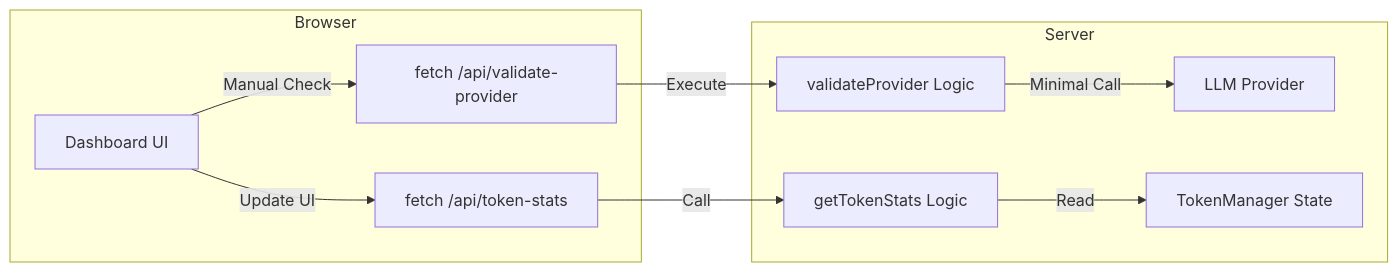
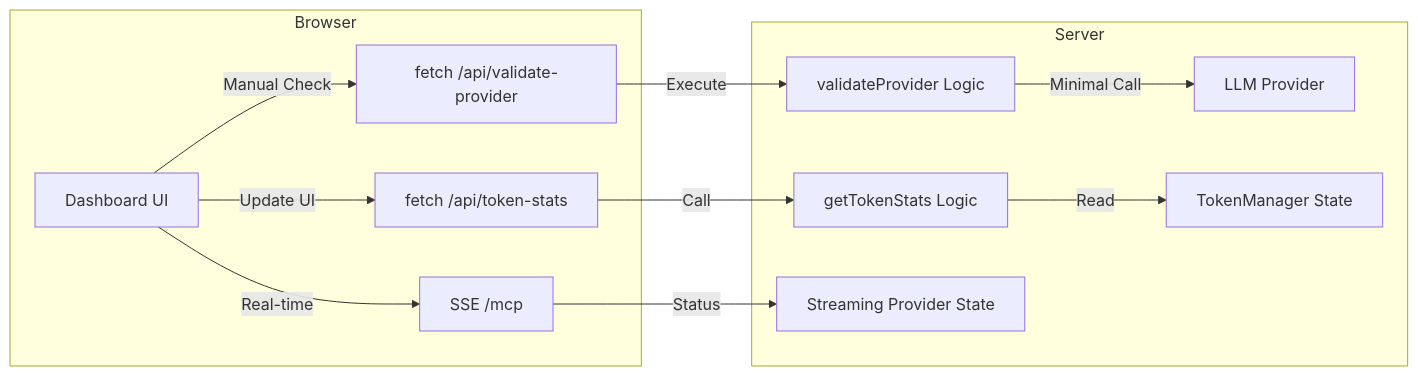
Before and after one commit to djmahe4/awesome-free-llm-apis: the fourth of 4 diagrams in mcp-server/docs/guide.md, drawn with Mermaid. The commit also changed other lines of this file and 26 other files, not shown here.

````diff
--- a/mcp-server/docs/guide.md
+++ b/mcp-server/docs/guide.md
@@ -119,13 +139,15 @@
 ```mermaid
 graph LR
     subgraph Browser
         D[Dashboard UI] -->|Update UI| E[fetch /api/token-stats]
         D -->|Manual Check| V[fetch /api/validate-provider]
+        D -->|Real-time| S[SSE /mcp]
     end
     subgraph Server
         E -->|Call| F[getTokenStats Logic]
         V -->|Execute| H[validateProvider Logic]
         H -->|Minimal Call| P[LLM Provider]
         F -->|Read| G[TokenManager State]
+        S -->|Status| J[Streaming Provider State]
     end
 ```
````
